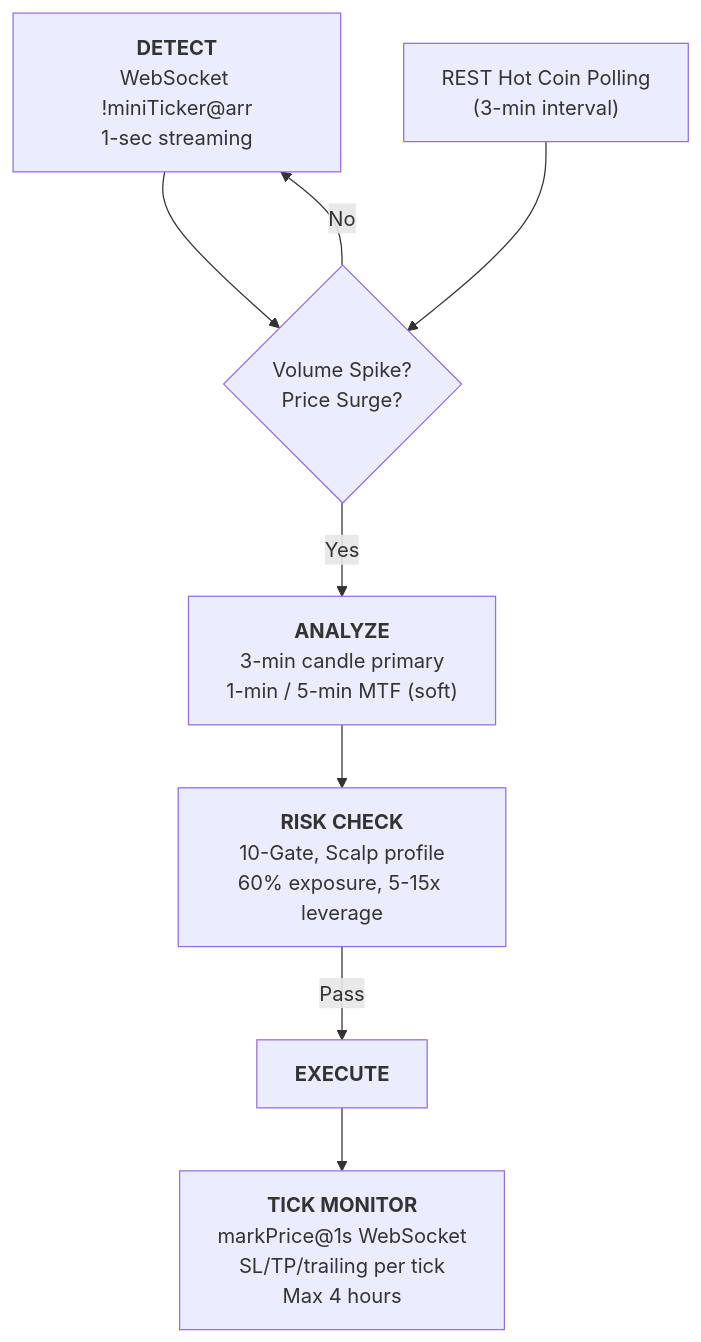
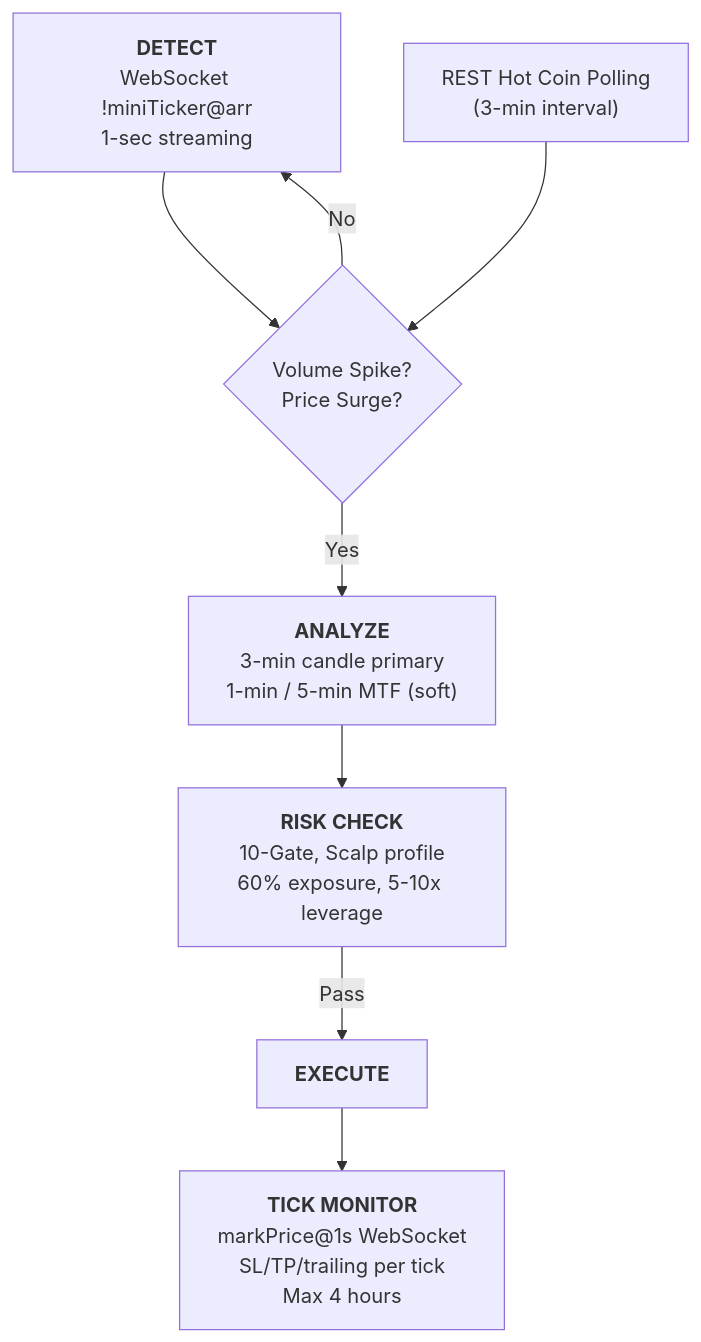
One commit to alton15/binance-futures-bot changed the second of 2 diagrams in README.md. Above: the diagram before and after it, drawn with Mermaid. The commit also changed other lines of this file and 2 other files, not shown here.

First line of the commit message:
docs: update READMEs to reflect optimized profile values

````diff
--- a/README.md
+++ b/README.md
@@ -184,10 +184,10 @@
 ```mermaid
 graph TD
     WS["<b>DETECT</b><br/>WebSocket !miniTicker@arr<br/>1-sec streaming"] --> SPIKE{"Volume Spike?<br/>Price Surge?"}
     REST["REST Hot Coin Polling<br/>(3-min interval)"] --> SPIKE
     SPIKE -->|Yes| ANALYZE["<b>ANALYZE</b><br/>3-min candle primary<br/>1-min / 5-min MTF (soft)"]
     SPIKE -->|No| WS
-    ANALYZE --> RISK["<b>RISK CHECK</b><br/>10-Gate, Scalp profile<br/>60% exposure, 5-15x leverage"]
+    ANALYZE --> RISK["<b>RISK CHECK</b><br/>10-Gate, Scalp profile<br/>60% exposure, 5-10x leverage"]
     RISK -->|Pass| EXEC["<b>EXECUTE</b>"]
     EXEC --> TICK["<b>TICK MONITOR</b><br/>markPrice@1s WebSocket<br/>SL/TP/trailing per tick<br/>Max 4 hours"]
 ```
````
